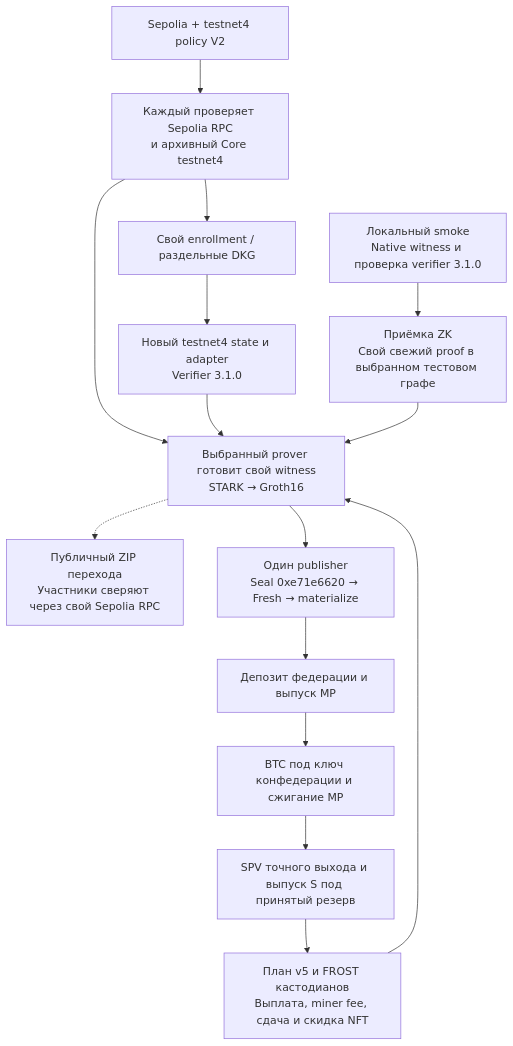
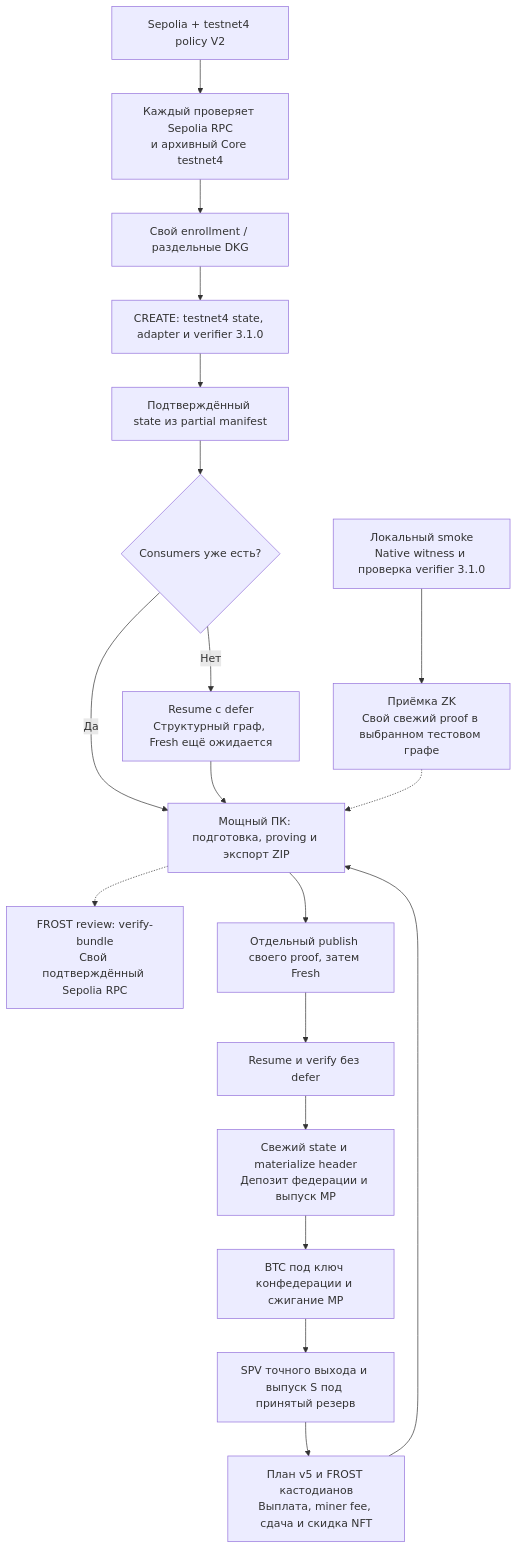
The diagram in docs/ZK_TESTNET4_SEPOLIA.md (SergeyBelets/SatFiSetup), drawn with Mermaid before and after one commit. The commit also changed other lines of this file and 364 other files, not shown here.

````diff
--- a/docs/ZK_TESTNET4_SEPOLIA.md
+++ b/docs/ZK_TESTNET4_SEPOLIA.md
@@ -271,18 +287,22 @@
 ```mermaid
 flowchart TD
   LOCAL["Локальный smoke<br/>Native witness и проверка verifier 3.1.0"]
   LOCAL --> GATE["Приёмка ZK<br/>Свой свежий proof в выбранном тестовом графе"]
   POLICY["Sepolia + testnet4 policy V2"] --> RPC["Каждый проверяет Sepolia RPC<br/>и архивный Core testnet4"]
   RPC --> DKG["Свой enrollment / раздельные DKG"]
-  DKG --> STATE["Новый testnet4 state и adapter<br/>Verifier 3.1.0"]
-  RPC --> OWN["Выбранный prover готовит свой witness<br/>STARK → Groth16"]
-  STATE --> OWN
-  GATE --> OWN
-  OWN -.-> REVIEW["Публичный ZIP перехода<br/>Участники сверяют через свой Sepolia RPC"]
-  OWN --> ACCEPT["Один publisher<br/>Seal 0xe71e6620 → Fresh → materialize"]
-  ACCEPT --> MP["Депозит федерации и выпуск MP"]
+  DKG --> STATE["CREATE: testnet4 state, adapter и verifier 3.1.0"]
+  STATE --> MAN["Подтверждённый state из partial manifest"]
+  MAN --> C{"Consumers уже есть?"}
+  C -->|"Нет"| DEFER["Resume с defer<br/>Структурный граф, Fresh ещё ожидается"]
+  C -->|"Да"| OWN
+  DEFER --> OWN["Мощный ПК: подготовка, proving и экспорт ZIP"]
+  GATE -.-> OWN
+  OWN -.-> REVIEW["FROST review: verify-bundle<br/>Свой подтверждённый Sepolia RPC"]
+  OWN --> ACCEPT["Отдельный publish своего proof, затем Fresh"]
+  ACCEPT --> RESUME["Resume и verify без defer"]
+  RESUME --> MP["Свежий state и materialize header<br/>Депозит федерации и выпуск MP"]
   MP --> TRANSFER["BTC под ключ конфедерации и сжигание MP"]
   TRANSFER --> ISSUE["SPV точного выхода и выпуск S под принятый резерв"]
   ISSUE --> EXIT["План v5 и FROST кастодианов<br/>Выплата, miner fee, сдача и скидка NFT"]
   EXIT --> OWN
 ```
````
